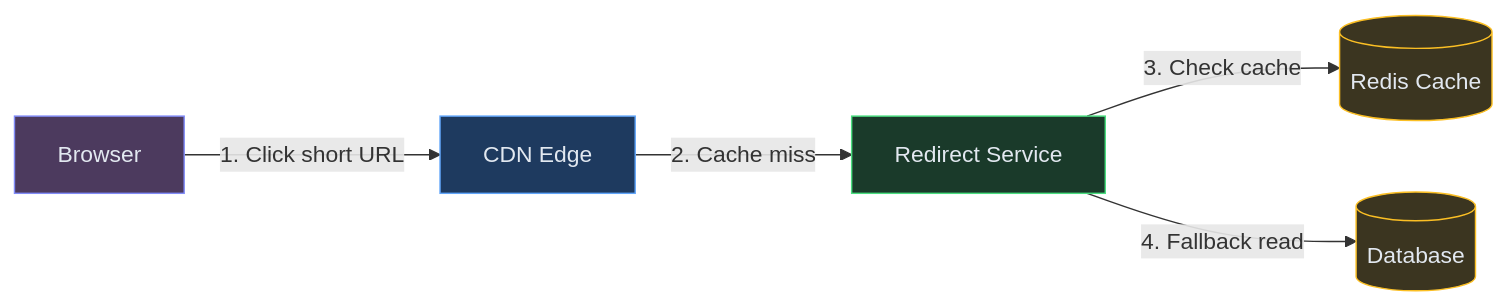
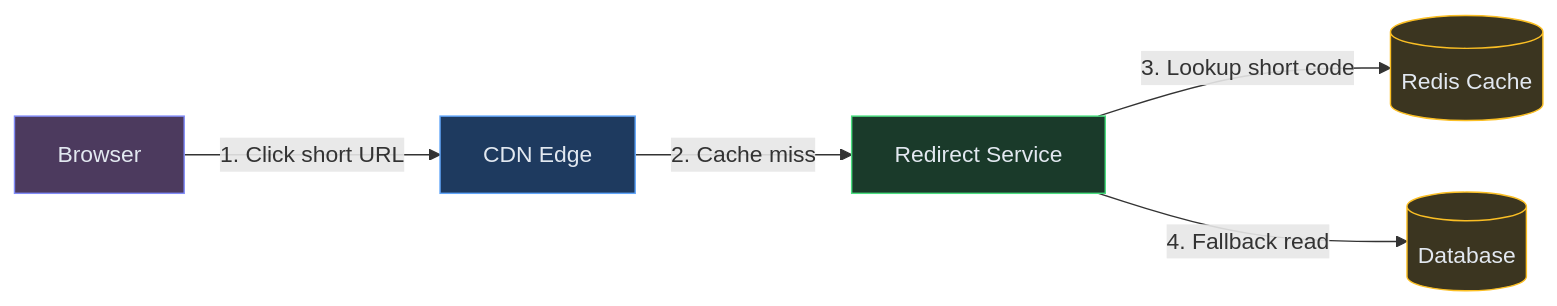
The first of 11 diagrams in content/hld/URLShortner.md (iluzn/HLD-Designs), drawn with Mermaid before and after one commit. The commit also changed other lines of this file and 27 other files, not shown here.

````diff
--- a/content/hld/URLShortner.md
+++ b/content/hld/URLShortner.md
@@ -19,18 +19,18 @@
 ```mermaid
 flowchart LR
     USER["Browser"]:::client
     CDN["CDN Edge"]:::edge
     RS["Redirect Service"]:::service
     REDIS[("Redis Cache")]:::data
     DB[("Database")]:::data
 
     USER -->|"1. Click short URL"| CDN
     CDN -->|"2. Cache miss"| RS
-    RS -->|"3. Check cache"| REDIS
+    RS -->|"3. Lookup short code"| REDIS
     RS -->|"4. Fallback read"| DB
 
     classDef client fill:#4c3a5e,stroke:#818cf8,color:#e2e8f0
     classDef edge fill:#1e3a5f,stroke:#60a5fa,color:#e2e8f0
     classDef service fill:#1a3a2a,stroke:#4ade80,color:#e2e8f0
     classDef data fill:#3b3520,stroke:#fbbf24,color:#e2e8f0
 ```
````
